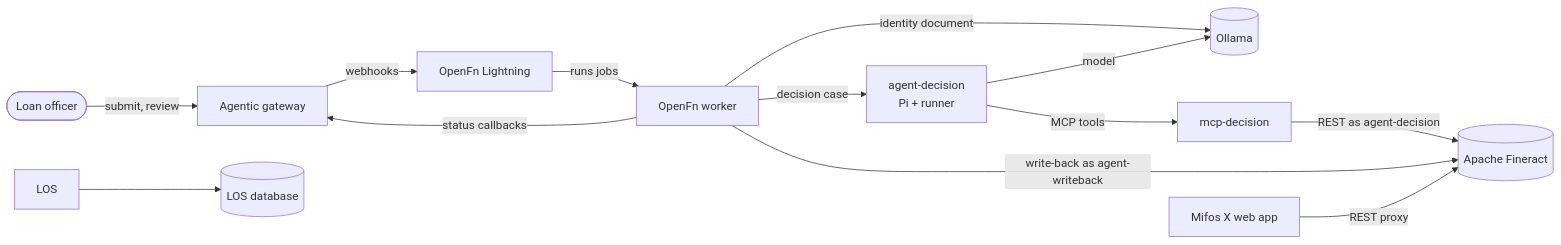
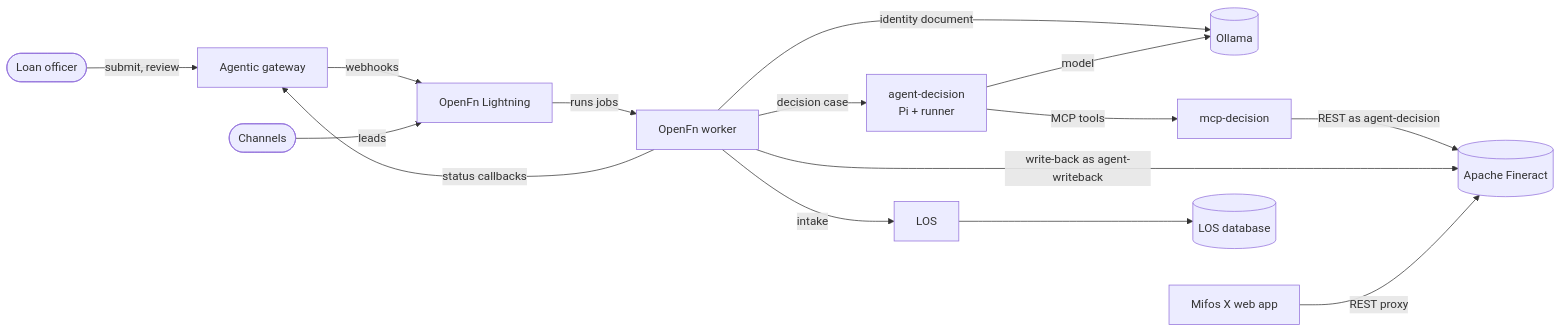
The first of 2 diagrams in agentic-mifos-sandbox/README.md (openMF/mcp-mifosx), drawn with Mermaid before and after one commit. The commit also changed other lines of this file and 8 other files, not shown here.

First line of the commit message:
feat(sandbox): opportunity intake for the commercial flow

````diff
--- a/agentic-mifos-sandbox/README.md
+++ b/agentic-mifos-sandbox/README.md
@@ -62,15 +62,17 @@
 ```mermaid
 flowchart LR
   officer([Loan officer]) -->|submit, review| gateway[Agentic gateway]
   gateway -->|webhooks| lightning[OpenFn Lightning]
   lightning -->|runs jobs| worker[OpenFn worker]
   worker -->|status callbacks| gateway
   worker -->|identity document| ollama[(Ollama)]
   worker -->|decision case| agent[agent-decision<br/>Pi + runner]
   agent -->|MCP tools| mcp[mcp-decision]
   agent -->|model| ollama
   mcp -->|REST as agent-decision| fineract[(Apache Fineract)]
   worker -->|write-back as agent-writeback| fineract
   webapp[Mifos X web app] -->|REST proxy| fineract
-  los[LOS] --> losdb[(LOS database)]
+  channel([Channels]) -->|leads| lightning
+  worker -->|intake| los[LOS]
+  los --> losdb[(LOS database)]
 ```
````
